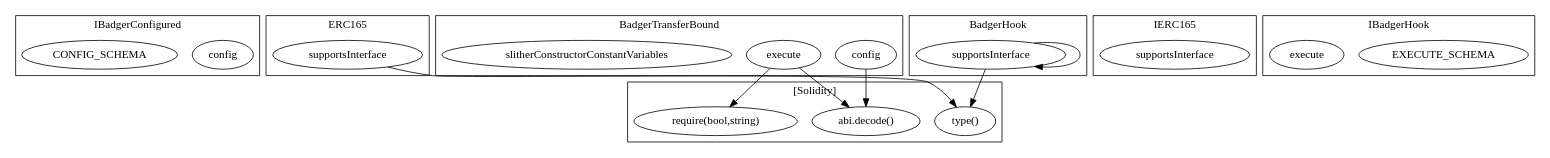
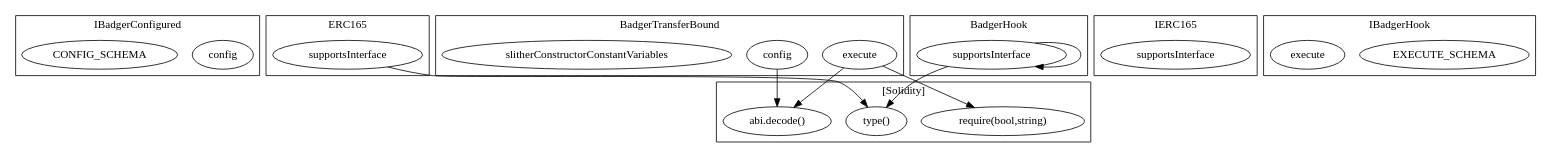
The diagram in contracts/build/...BadgerTransferBound.call-graph.dot (FlipsideCrypto/badger), drawn with Graphviz before and after one commit. The commit also changed other lines of this file and 23 other files, not shown here.

```diff
--- a/contracts/build/...BadgerTransferBound.call-graph.dot
+++ b/contracts/build/...BadgerTransferBound.call-graph.dot
@@ -1,36 +1,36 @@
 strict digraph {
 subgraph cluster_6468_IBadgerConfigured {
 label = "IBadgerConfigured"
 "6468_config" [label="config"]
 "6468_CONFIG_SCHEMA" [label="CONFIG_SCHEMA"]
 }subgraph cluster_3081_ERC165 {
 label = "ERC165"
 "3081_supportsInterface" [label="supportsInterface"]
 }subgraph cluster_3093_IERC165 {
 label = "IERC165"
 "3093_supportsInterface" [label="supportsInterface"]
 }subgraph cluster_6488_IBadgerHook {
 label = "IBadgerHook"
 "6488_EXECUTE_SCHEMA" [label="EXECUTE_SCHEMA"]
 "6488_execute" [label="execute"]
 }subgraph cluster_6200_BadgerTransferBound {
 label = "BadgerTransferBound"
+"6200_execute" [label="execute"]
 "6200_config" [label="config"]
-"6200_execute" [label="execute"]
 "6200_slitherConstructorConstantVariables" [label="slitherConstructorConstantVariables"]
 }subgraph cluster_4956_BadgerHook {
 label = "BadgerHook"
 "4956_supportsInterface" [label="supportsInterface"]
 "4956_supportsInterface" -> "4956_supportsInterface"
 }subgraph cluster_solidity {
 label = "[Solidity]"
+"type()" 
 "require(bool,string)" 
 "abi.decode()" 
-"type()" 
+"3081_supportsInterface" -> "type()"
 "6200_execute" -> "require(bool,string)"
+"6200_config" -> "abi.decode()"
 "4956_supportsInterface" -> "type()"
-"3081_supportsInterface" -> "type()"
 "6200_execute" -> "abi.decode()"
-"6200_config" -> "abi.decode()"
 }
 }
```
